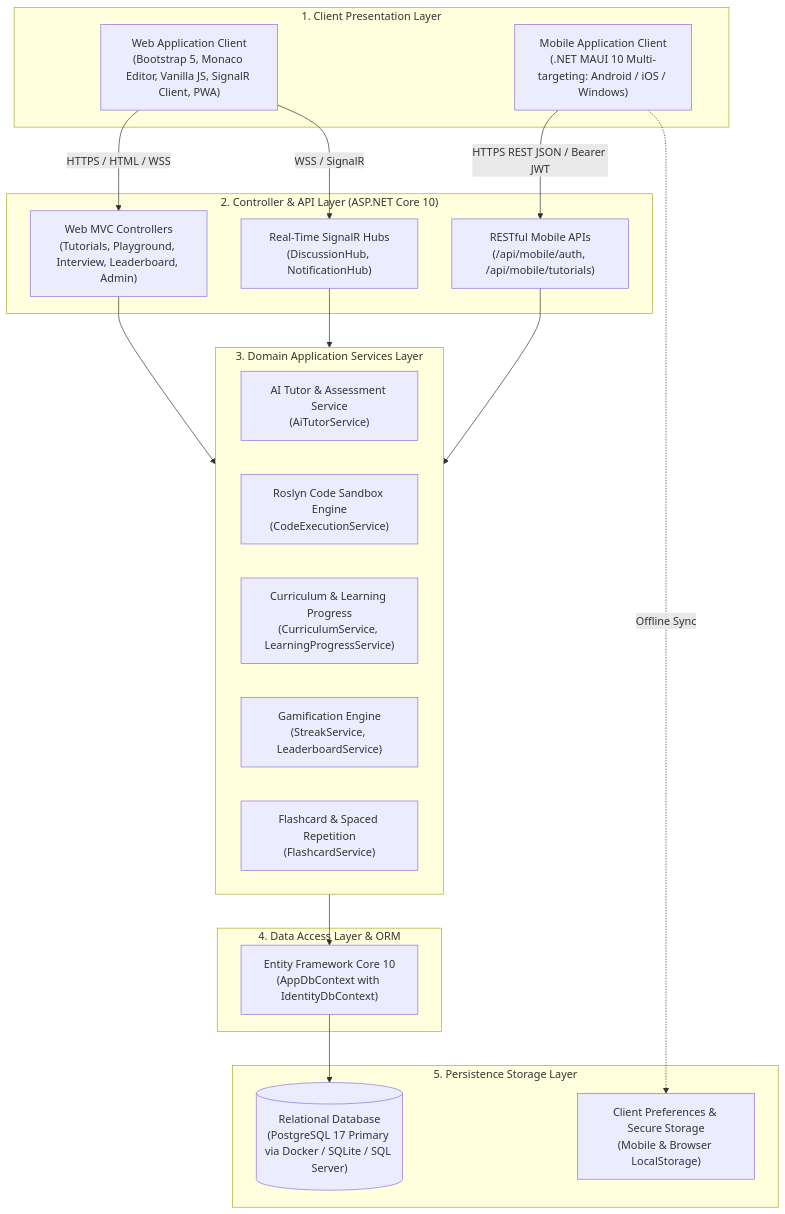
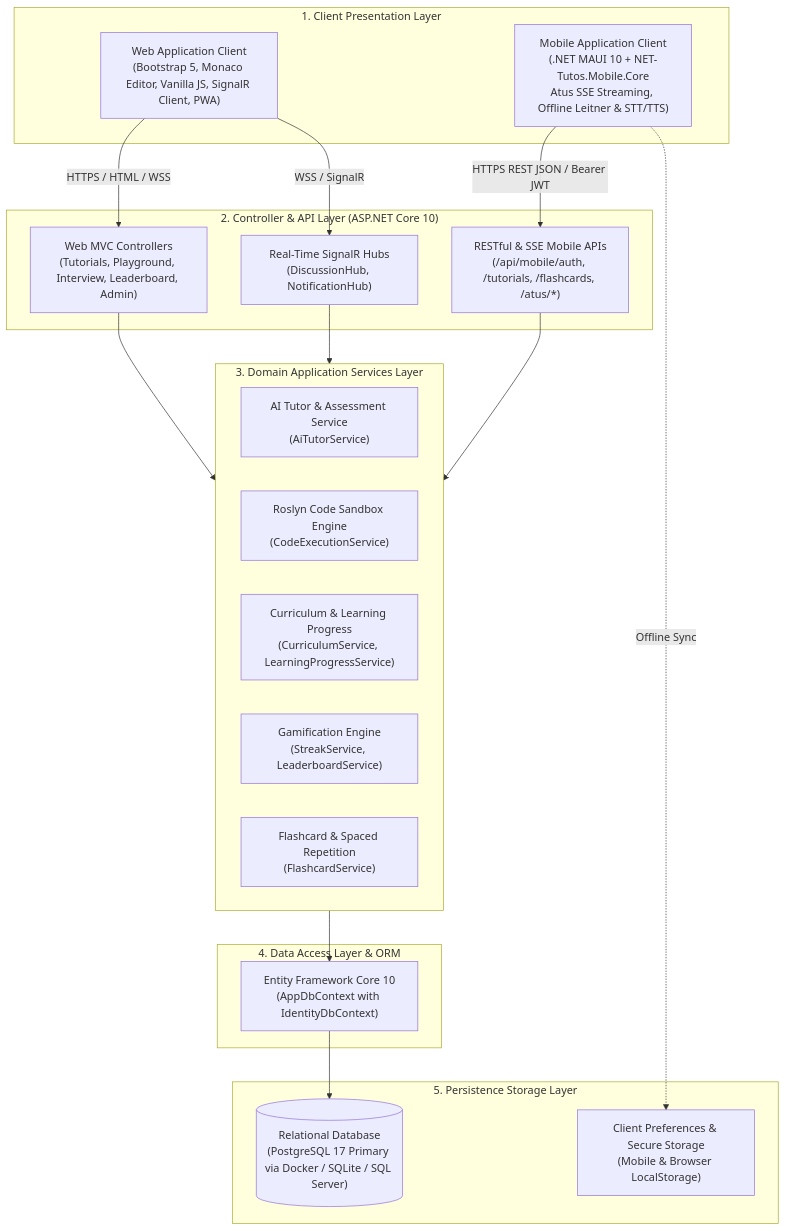
One commit to KaitoDeus/NET-Tutos changed the first of 4 diagrams in docs/02_system_architecture_overview.md. Above: the diagram before and after it, drawn with Mermaid. The commit also changed other lines of this file and 45 other files, not shown here.

Commit message:
feat(mobile): implement .NET MAUI 10 AI streaming, offline flashcards and voice training (Phase 27)

````diff
--- a/docs/02_system_architecture_overview.md
+++ b/docs/02_system_architecture_overview.md
@@ -15,42 +15,42 @@
 ```mermaid
 graph TB
     subgraph ClientLayer ["1. Client Presentation Layer"]
         WebBrowser["Web Application Client<br/>(Bootstrap 5, Monaco Editor, Vanilla JS, SignalR Client, PWA)"]
-        MobileClient["Mobile Application Client<br/>(.NET MAUI 10 Multi-targeting: Android / iOS / Windows)"]
+        MobileClient["Mobile Application Client<br/>(.NET MAUI 10 + NET-Tutos.Mobile.Core<br/>Atus SSE Streaming, Offline Leitner & STT/TTS)"]
     end
 
     subgraph GatewayAndApi ["2. Controller & API Layer (ASP.NET Core 10)"]
         WebControllers["Web MVC Controllers<br/>(Tutorials, Playground, Interview, Leaderboard, Admin)"]
-        MobileApiControllers["RESTful Mobile APIs<br/>(/api/mobile/auth, /api/mobile/tutorials)"]
+        MobileApiControllers["RESTful & SSE Mobile APIs<br/>(/api/mobile/auth, /tutorials, /flashcards, /atus/*)"]
         SignalRHubs["Real-Time SignalR Hubs<br/>(DiscussionHub, NotificationHub)"]
     end
 
     subgraph ServiceCore ["3. Domain Application Services Layer"]
         AiService["AI Tutor & Assessment Service<br/>(AiTutorService)"]
         RoslynSandbox["Roslyn Code Sandbox Engine<br/>(CodeExecutionService)"]
         LmsService["Curriculum & Learning Progress<br/>(CurriculumService, LearningProgressService)"]
         GamificationService["Gamification Engine<br/>(StreakService, LeaderboardService)"]
         FlashcardServiceCore["Flashcard & Spaced Repetition<br/>(FlashcardService)"]
     end
 
     subgraph DataAccessLayer ["4. Data Access Layer & ORM"]
         EFCore["Entity Framework Core 10<br/>(AppDbContext with IdentityDbContext)"]
     end
 
     subgraph DatabaseLayer ["5. Persistence Storage Layer"]
         SQLDb[("Relational Database<br/>(PostgreSQL 17 Primary via Docker / SQLite / SQL Server)")]
         LocalCache["Client Preferences & Secure Storage<br/>(Mobile & Browser LocalStorage)"]
     end
 
     WebBrowser -->|HTTPS / HTML / WSS| WebControllers
     WebBrowser -->|WSS / SignalR| SignalRHubs
     MobileClient -->|HTTPS REST JSON / Bearer JWT| MobileApiControllers
     MobileClient -.->|Offline Sync| LocalCache
 
     WebControllers --> ServiceCore
     MobileApiControllers --> ServiceCore
     SignalRHubs --> ServiceCore
 
     ServiceCore --> EFCore
     EFCore --> SQLDb
 ```
````
